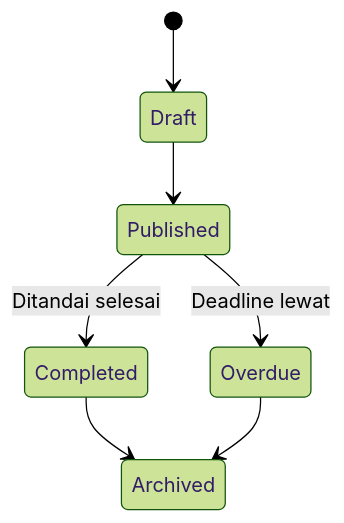
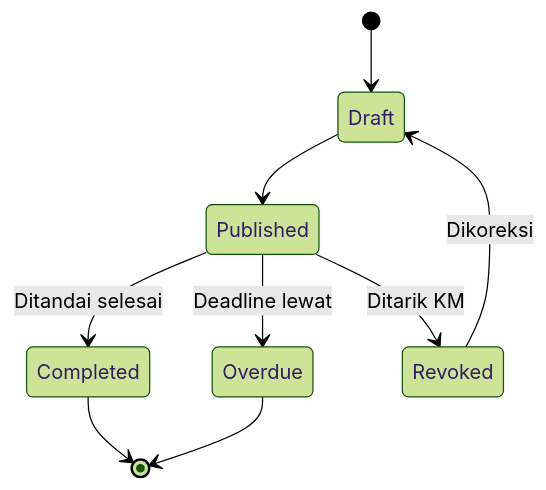
One commit to darvaaph/bot-wa-jadwal changed the sixth of 6 diagrams in docs/product/PRODUCT_DEFINITION.md. Above: the diagram before and after it, drawn with Mermaid (forest theme). The commit also changed other lines of this file and 16 other files, not shown here.

````diff
--- a/docs/product/PRODUCT_DEFINITION.md
+++ b/docs/product/PRODUCT_DEFINITION.md
@@ -253,9 +253,11 @@
 ```mermaid
 stateDiagram-v2
     [*] --> Draft
     Draft --> Published
     Published --> Completed: Ditandai selesai
     Published --> Overdue: Deadline lewat
-    Completed --> Archived
-    Overdue --> Archived
+    Published --> Revoked: Ditarik KM
+    Revoked --> Draft: Dikoreksi
+    Completed --> [*]
+    Overdue --> [*]
 ```
````
